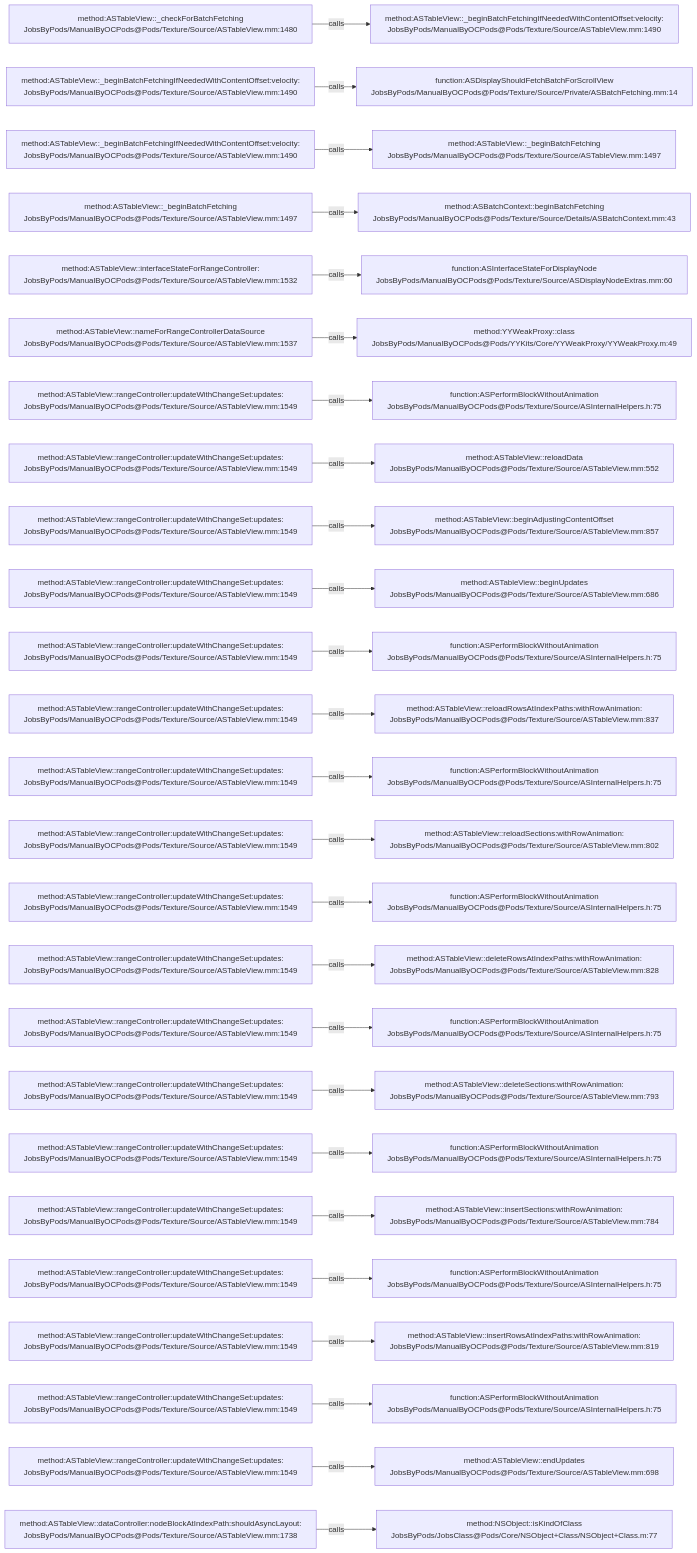
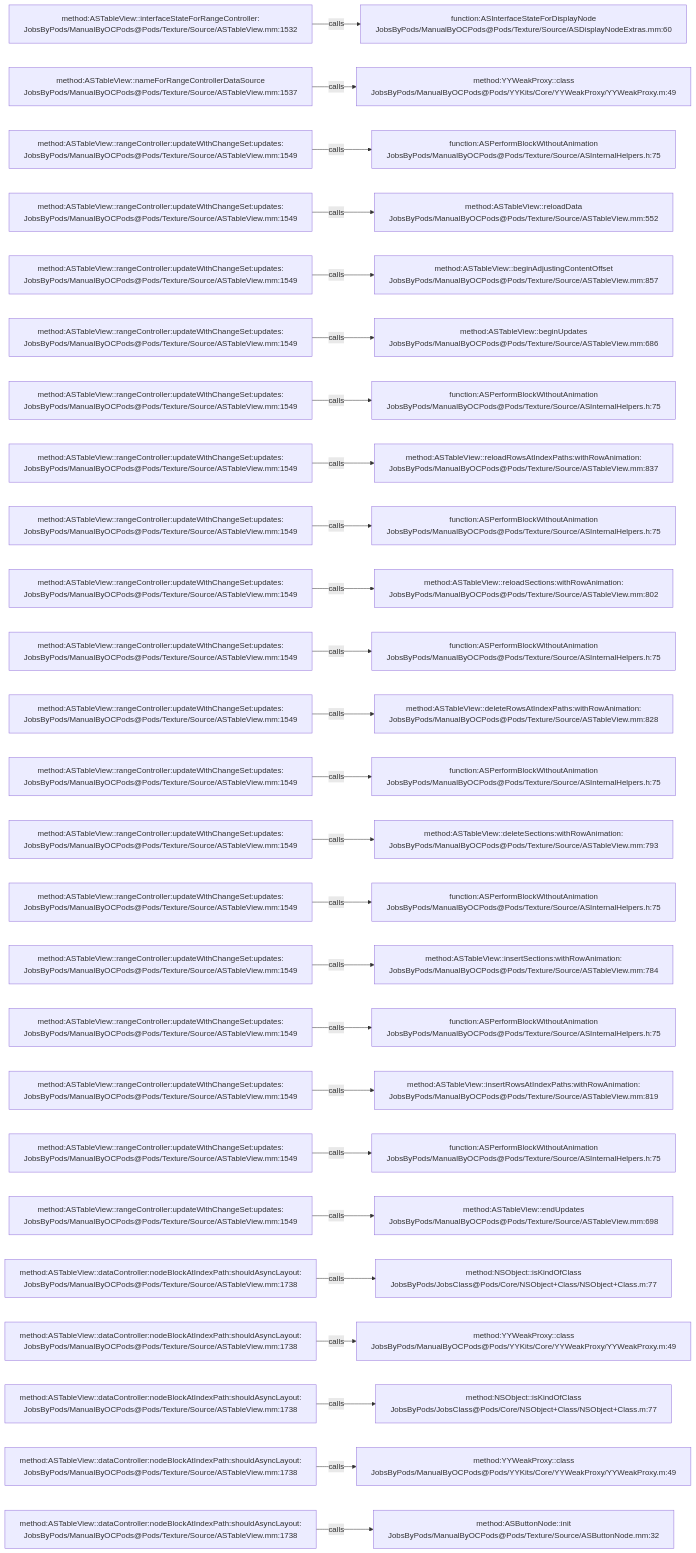
Before and after one commit to JobsKits/JobsOCBaseConfigDemo: the diagram in .codegraph/codegraph.md/graphs/calls-128.md, drawn with Mermaid. The commit also changed 727 other files, not shown here.

````diff
--- a/.codegraph/codegraph.md/graphs/calls-128.md
+++ b/.codegraph/codegraph.md/graphs/calls-128.md
@@ -13,78 +13,78 @@
 ```mermaid
 flowchart LR
-  S1["method:ASTableView::_checkForBatchFetching<br/>JobsByPods/ManualByOCPods@Pods/Texture/Source/ASTableView.mm:1480"]
-  T1["method:ASTableView::_beginBatchFetchingIfNeededWithContentOffset:velocity:<br/>JobsByPods/ManualByOCPods@Pods/Texture/Source/ASTableView.mm:1490"]
+  S1["method:ASTableView::interfaceStateForRangeController:<br/>JobsByPods/ManualByOCPods@Pods/Texture/Source/ASTableView.mm:1532"]
+  T1["function:ASInterfaceStateForDisplayNode<br/>JobsByPods/ManualByOCPods@Pods/Texture/Source/ASDisplayNodeExtras.mm:60"]
   S1 -->|calls| T1
-  S2["method:ASTableView::_beginBatchFetchingIfNeededWithContentOffset:velocity:<br/>JobsByPods/ManualByOCPods@Pods/Texture/Source/ASTableView.mm:1490"]
-  T2["function:ASDisplayShouldFetchBatchForScrollView<br/>JobsByPods/ManualByOCPods@Pods/Texture/Source/Private/ASBatchFetching.mm:14"]
+  S2["method:ASTableView::nameForRangeControllerDataSource<br/>JobsByPods/ManualByOCPods@Pods/Texture/Source/ASTableView.mm:1537"]
+  T2["method:YYWeakProxy::class<br/>JobsByPods/ManualByOCPods@Pods/YYKits/Core/YYWeakProxy/YYWeakProxy.m:49"]
   S2 -->|calls| T2
-  S3["method:ASTableView::_beginBatchFetchingIfNeededWithContentOffset:velocity:<br/>JobsByPods/ManualByOCPods@Pods/Texture/Source/ASTableView.mm:1490"]
-  T3["method:ASTableView::_beginBatchFetching<br/>JobsByPods/ManualByOCPods@Pods/Texture/Source/ASTableView.mm:1497"]
+  S3["method:ASTableView::rangeController:updateWithChangeSet:updates:<br/>JobsByPods/ManualByOCPods@Pods/Texture/Source/ASTableView.mm:1549"]
+  T3["function:ASPerformBlockWithoutAnimation<br/>JobsByPods/ManualByOCPods@Pods/Texture/Source/ASInternalHelpers.h:75"]
   S3 -->|calls| T3
-  S4["method:ASTableView::_beginBatchFetching<br/>JobsByPods/ManualByOCPods@Pods/Texture/Source/ASTableView.mm:1497"]
-  T4["method:ASBatchContext::beginBatchFetching<br/>JobsByPods/ManualByOCPods@Pods/Texture/Source/Details/ASBatchContext.mm:43"]
+  S4["method:ASTableView::rangeController:updateWithChangeSet:updates:<br/>JobsByPods/ManualByOCPods@Pods/Texture/Source/ASTableView.mm:1549"]
+  T4["method:ASTableView::reloadData<br/>JobsByPods/ManualByOCPods@Pods/Texture/Source/ASTableView.mm:552"]
   S4 -->|calls| T4
-  S5["method:ASTableView::interfaceStateForRangeController:<br/>JobsByPods/ManualByOCPods@Pods/Texture/Source/ASTableView.mm:1532"]
-  T5["function:ASInterfaceStateForDisplayNode<br/>JobsByPods/ManualByOCPods@Pods/Texture/Source/ASDisplayNodeExtras.mm:60"]
+  S5["method:ASTableView::rangeController:updateWithChangeSet:updates:<br/>JobsByPods/ManualByOCPods@Pods/Texture/Source/ASTableView.mm:1549"]
+  T5["method:ASTableView::beginAdjustingContentOffset<br/>JobsByPods/ManualByOCPods@Pods/Texture/Source/ASTableView.mm:857"]
   S5 -->|calls| T5
-  S6["method:ASTableView::nameForRangeControllerDataSource<br/>JobsByPods/ManualByOCPods@Pods/Texture/Source/ASTableView.mm:1537"]
-  T6["method:YYWeakProxy::class<br/>JobsByPods/ManualByOCPods@Pods/YYKits/Core/YYWeakProxy/YYWeakProxy.m:49"]
+  S6["method:ASTableView::rangeController:updateWithChangeSet:updates:<br/>JobsByPods/ManualByOCPods@Pods/Texture/Source/ASTableView.mm:1549"]
+  T6["method:ASTableView::beginUpdates<br/>JobsByPods/ManualByOCPods@Pods/Texture/Source/ASTableView.mm:686"]
   S6 -->|calls| T6
   S7["method:ASTableView::rangeController:updateWithChangeSet:updates:<br/>JobsByPods/ManualByOCPods@Pods/Texture/Source/ASTableView.mm:1549"]
   T7["function:ASPerformBlockWithoutAnimation<br/>JobsByPods/ManualByOCPods@Pods/Texture/Source/ASInternalHelpers.h:75"]
   S7 -->|calls| T7
   S8["method:ASTableView::rangeController:updateWithChangeSet:updates:<br/>JobsByPods/ManualByOCPods@Pods/Texture/Source/ASTableView.mm:1549"]
-  T8["method:ASTableView::reloadData<br/>JobsByPods/ManualByOCPods@Pods/Texture/Source/ASTableView.mm:552"]
+  T8["method:ASTableView::reloadRowsAtIndexPaths:withRowAnimation:<br/>JobsByPods/ManualByOCPods@Pods/Texture/Source/ASTableView.mm:837"]
   S8 -->|calls| T8
   S9["method:ASTableView::rangeController:updateWithChangeSet:updates:<br/>JobsByPods/ManualByOCPods@Pods/Texture/Source/ASTableView.mm:1549"]
-  T9["method:ASTableView::beginAdjustingContentOffset<br/>JobsByPods/ManualByOCPods@Pods/Texture/Source/ASTableView.mm:857"]
+  T9["function:ASPerformBlockWithoutAnimation<br/>JobsByPods/ManualByOCPods@Pods/Texture/Source/ASInternalHelpers.h:75"]
   S9 -->|calls| T9
   S10["method:ASTableView::rangeController:updateWithChangeSet:updates:<br/>JobsByPods/ManualByOCPods@Pods/Texture/Source/ASTableView.mm:1549"]
-  T10["method:ASTableView::beginUpdates<br/>JobsByPods/ManualByOCPods@Pods/Texture/Source/ASTableView.mm:686"]
+  T10["method:ASTableView::reloadSections:withRowAnimation:<br/>JobsByPods/ManualByOCPods@Pods/Texture/Source/ASTableView.mm:802"]
   S10 -->|calls| T10
   S11["method:ASTableView::rangeController:updateWithChangeSet:updates:<br/>JobsByPods/ManualByOCPods@Pods/Texture/Source/ASTableView.mm:1549"]
   T11["function:ASPerformBlockWithoutAnimation<br/>JobsByPods/ManualByOCPods@Pods/Texture/Source/ASInternalHelpers.h:75"]
   S11 -->|calls| T11
   S12["method:ASTableView::rangeController:updateWithChangeSet:updates:<br/>JobsByPods/ManualByOCPods@Pods/Texture/Source/ASTableView.mm:1549"]
-  T12["method:ASTableView::reloadRowsAtIndexPaths:withRowAnimation:<br/>JobsByPods/ManualByOCPods@Pods/Texture/Source/ASTableView.mm:837"]
+  T12["method:ASTableView::deleteRowsAtIndexPaths:withRowAnimation:<br/>JobsByPods/ManualByOCPods@Pods/Texture/Source/ASTableView.mm:828"]
   S12 -->|calls| T12
   S13["method:ASTableView::rangeController:updateWithChangeSet:updates:<br/>JobsByPods/ManualByOCPods@Pods/Texture/Source/ASTableView.mm:1549"]
   T13["function:ASPerformBlockWithoutAnimation<br/>JobsByPods/ManualByOCPods@Pods/Texture/Source/ASInternalHelpers.h:75"]
   S13 -->|calls| T13
   S14["method:ASTableView::rangeController:updateWithChangeSet:updates:<br/>JobsByPods/ManualByOCPods@Pods/Texture/Source/ASTableView.mm:1549"]
-  T14["method:ASTableView::reloadSections:withRowAnimation:<br/>JobsByPods/ManualByOCPods@Pods/Texture/Source/ASTableView.mm:802"]
+  T14["method:ASTableView::deleteSections:withRowAnimation:<br/>JobsByPods/ManualByOCPods@Pods/Texture/Source/ASTableView.mm:793"]
   S14 -->|calls| T14
   S15["method:ASTableView::rangeController:updateWithChangeSet:updates:<br/>JobsByPods/ManualByOCPods@Pods/Texture/Source/ASTableView.mm:1549"]
   T15["function:ASPerformBlockWithoutAnimation<br/>JobsByPods/ManualByOCPods@Pods/Texture/Source/ASInternalHelpers.h:75"]
   S15 -->|calls| T15
   S16["method:ASTableView::rangeController:updateWithChangeSet:updates:<br/>JobsByPods/ManualByOCPods@Pods/Texture/Source/ASTableView.mm:1549"]
-  T16["method:ASTableView::deleteRowsAtIndexPaths:withRowAnimation:<br/>JobsByPods/ManualByOCPods@Pods/Texture/Source/ASTableView.mm:828"]
+  T16["method:ASTableView::insertSections:withRowAnimation:<br/>JobsByPods/ManualByOCPods@Pods/Texture/Source/ASTableView.mm:784"]
   S16 -->|calls| T16
   S17["method:ASTableView::rangeController:updateWithChangeSet:updates:<br/>JobsByPods/ManualByOCPods@Pods/Texture/Source/ASTableView.mm:1549"]
   T17["function:ASPerformBlockWithoutAnimation<br/>JobsByPods/ManualByOCPods@Pods/Texture/Source/ASInternalHelpers.h:75"]
   S17 -->|calls| T17
   S18["method:ASTableView::rangeController:updateWithChangeSet:updates:<br/>JobsByPods/ManualByOCPods@Pods/Texture/Source/ASTableView.mm:1549"]
-  T18["method:ASTableView::deleteSections:withRowAnimation:<br/>JobsByPods/ManualByOCPods@Pods/Texture/Source/ASTableView.mm:793"]
+  T18["method:ASTableView::insertRowsAtIndexPaths:withRowAnimation:<br/>JobsByPods/ManualByOCPods@Pods/Texture/Source/ASTableView.mm:819"]
   S18 -->|calls| T18
   S19["method:ASTableView::rangeController:updateWithChangeSet:updates:<br/>JobsByPods/ManualByOCPods@Pods/Texture/Source/ASTableView.mm:1549"]
   T19["function:ASPerformBlockWithoutAnimation<br/>JobsByPods/ManualByOCPods@Pods/Texture/Source/ASInternalHelpers.h:75"]
   S19 -->|calls| T19
   S20["method:ASTableView::rangeController:updateWithChangeSet:updates:<br/>JobsByPods/ManualByOCPods@Pods/Texture/Source/ASTableView.mm:1549"]
-  T20["method:ASTableView::insertSections:withRowAnimation:<br/>JobsByPods/ManualByOCPods@Pods/Texture/Source/ASTableView.mm:784"]
+  T20["method:ASTableView::endUpdates<br/>JobsByPods/ManualByOCPods@Pods/Texture/Source/ASTableView.mm:698"]
   S20 -->|calls| T20
-  S21["method:ASTableView::rangeController:updateWithChangeSet:updates:<br/>JobsByPods/ManualByOCPods@Pods/Texture/Source/ASTableView.mm:1549"]
-  T21["function:ASPerformBlockWithoutAnimation<br/>JobsByPods/ManualByOCPods@Pods/Texture/Source/ASInternalHelpers.h:75"]
+  S21["method:ASTableView::dataController:nodeBlockAtIndexPath:shouldAsyncLayout:<br/>JobsByPods/ManualByOCPods@Pods/Texture/Source/ASTableView.mm:1738"]
+  T21["method:NSObject::isKindOfClass<br/>JobsByPods/JobsClass@Pods/Core/NSObject+Class/NSObject+Class.m:77"]
   S21 -->|calls| T21
-  S22["method:ASTableView::rangeController:updateWithChangeSet:updates:<br/>JobsByPods/ManualByOCPods@Pods/Texture/Source/ASTableView.mm:1549"]
-  T22["method:ASTableView::insertRowsAtIndexPaths:withRowAnimation:<br/>JobsByPods/ManualByOCPods@Pods/Texture/Source/ASTableView.mm:819"]
+  S22["method:ASTableView::dataController:nodeBlockAtIndexPath:shouldAsyncLayout:<br/>JobsByPods/ManualByOCPods@Pods/Texture/Source/ASTableView.mm:1738"]
+  T22["method:YYWeakProxy::class<br/>JobsByPods/ManualByOCPods@Pods/YYKits/Core/YYWeakProxy/YYWeakProxy.m:49"]
   S22 -->|calls| T22
-  S23["method:ASTableView::rangeController:updateWithChangeSet:updates:<br/>JobsByPods/ManualByOCPods@Pods/Texture/Source/ASTableView.mm:1549"]
-  T23["function:ASPerformBlockWithoutAnimation<br/>JobsByPods/ManualByOCPods@Pods/Texture/Source/ASInternalHelpers.h:75"]
+  S23["method:ASTableView::dataController:nodeBlockAtIndexPath:shouldAsyncLayout:<br/>JobsByPods/ManualByOCPods@Pods/Texture/Source/ASTableView.mm:1738"]
+  T23["method:NSObject::isKindOfClass<br/>JobsByPods/JobsClass@Pods/Core/NSObject+Class/NSObject+Class.m:77"]
   S23 -->|calls| T23
-  S24["method:ASTableView::rangeController:updateWithChangeSet:updates:<br/>JobsByPods/ManualByOCPods@Pods/Texture/Source/ASTableView.mm:1549"]
-  T24["method:ASTableView::endUpdates<br/>JobsByPods/ManualByOCPods@Pods/Texture/Source/ASTableView.mm:698"]
+  S24["method:ASTableView::dataController:nodeBlockAtIndexPath:shouldAsyncLayout:<br/>JobsByPods/ManualByOCPods@Pods/Texture/Source/ASTableView.mm:1738"]
+  T24["method:YYWeakProxy::class<br/>JobsByPods/ManualByOCPods@Pods/YYKits/Core/YYWeakProxy/YYWeakProxy.m:49"]
   S24 -->|calls| T24
   S25["method:ASTableView::dataController:nodeBlockAtIndexPath:shouldAsyncLayout:<br/>JobsByPods/ManualByOCPods@Pods/Texture/Source/ASTableView.mm:1738"]
-  T25["method:NSObject::isKindOfClass<br/>JobsByPods/JobsClass@Pods/Core/NSObject+Class/NSObject+Class.m:77"]
+  T25["method:ASButtonNode::init<br/>JobsByPods/ManualByOCPods@Pods/Texture/Source/ASButtonNode.mm:32"]
   S25 -->|calls| T25
 ```
````
